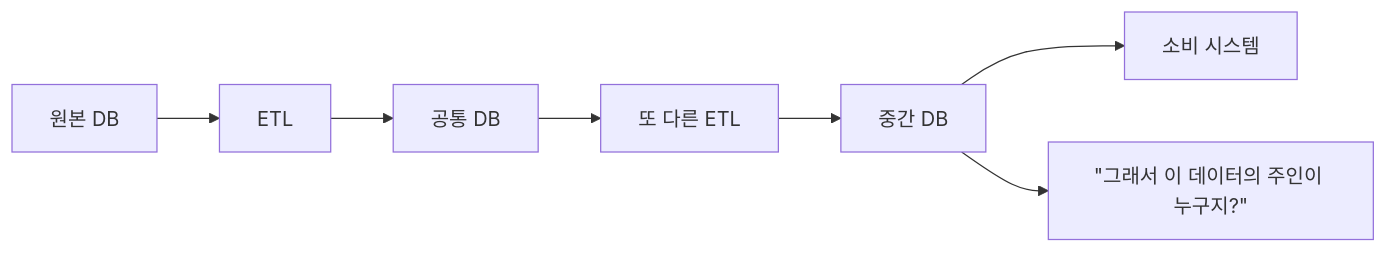
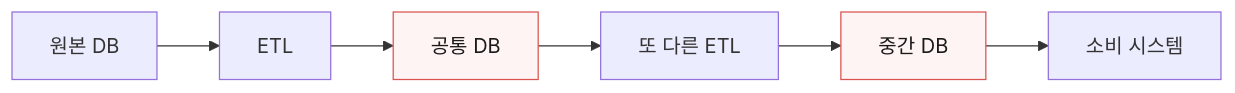
Before and after one commit to i31pc17/bitbook: the fifth of 8 diagrams in 모던 데이터 아키텍처/7장. 무엇을 공개하고 무엇을 감출 것인가.md, drawn with Mermaid. The commit also changed other lines of this file and 8 other files, not shown here.

````diff
--- a/모던 데이터 아키텍처/7장. 무엇을 공개하고 무엇을 감출 것인가.md
+++ b/모던 데이터 아키텍처/7장. 무엇을 공개하고 무엇을 감출 것인가.md
@@ -167,16 +165,7 @@
 ```mermaid
 flowchart LR
-    n0["원본 DB"]
-    n1["ETL"]
-    n2["공통 DB"]
-    n3["또 다른 ETL"]
-    n4["중간 DB"]
-    n5["소비 시스템"]
-    n6["#quot;그래서 이 데이터의 주인이 누구지?#quot;"]
-    n0 --> n1
-    n1 --> n2
-    n2 --> n3
-    n3 --> n4
-    n4 --> n5
-    n4 --> n6
+    n0["원본 DB"] --> n1["ETL"] --> n2["공통 DB"] --> n3["또 다른 ETL"] --> n4["중간 DB"] --> n5["소비 시스템"]
+
+    style n2 fill:#fff4f4,stroke:#d9534f,color:#1a1a1a
+    style n4 fill:#fff4f4,stroke:#d9534f,color:#1a1a1a
 ```
````
